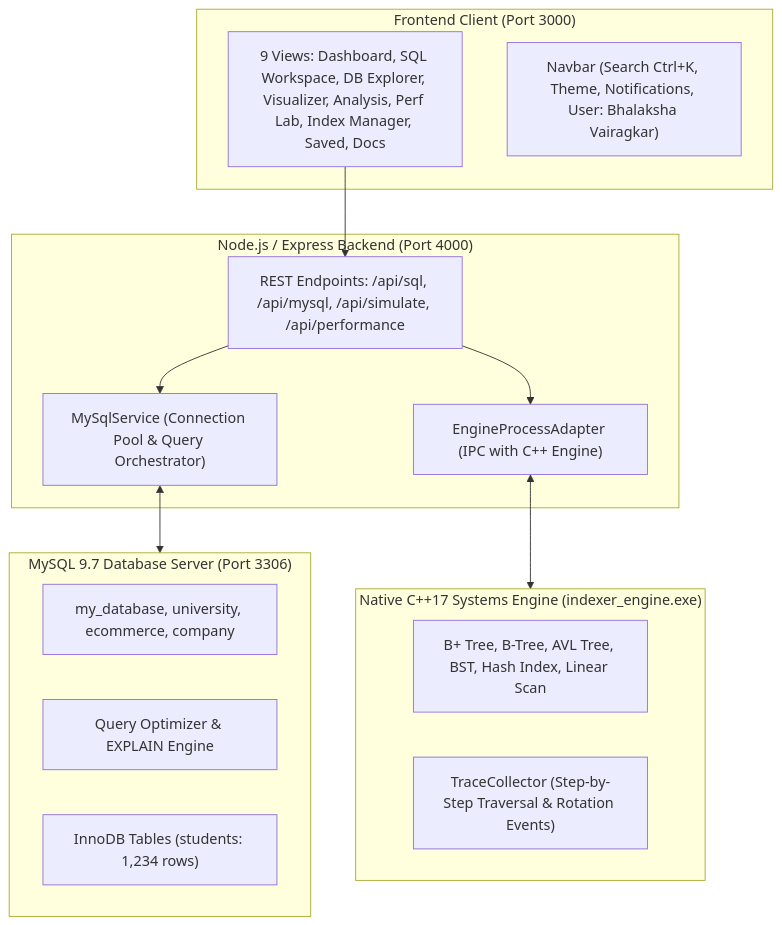
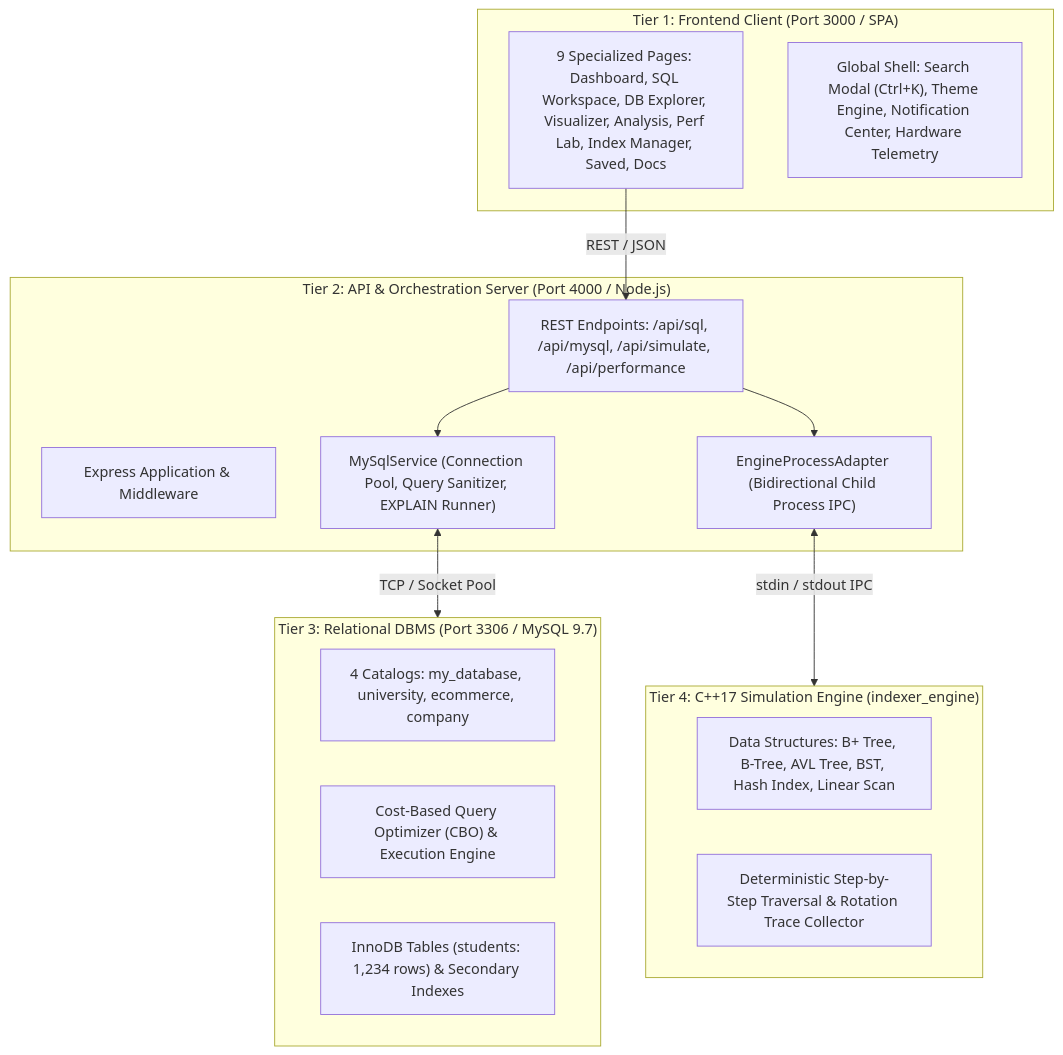
The first of 2 diagrams in README.md (bhalakshvairagkar-sudo/DBIndex-), drawn with Mermaid before and after one commit. The commit also changed other lines of this file and 1 other file, not shown here.

````diff
--- a/README.md
+++ b/README.md
@@ -9,30 +50,31 @@
 ```mermaid
 flowchart TD
-    subgraph Frontend["Frontend Client (Port 3000)"]
-        UI["9 Views: Dashboard, SQL Workspace, DB Explorer, Visualizer, Analysis, Perf Lab, Index Manager, Saved, Docs"]
-        TopNav["Navbar (Search Ctrl+K, Theme, Notifications, User: Bhalaksha Vairagkar)"]
+    subgraph Client["Tier 1: Frontend Client (Port 3000 / SPA)"]
+        UI["9 Specialized Pages: Dashboard, SQL Workspace, DB Explorer, Visualizer, Analysis, Perf Lab, Index Manager, Saved, Docs"]
+        Shell["Global Shell: Search Modal (Ctrl+K), Theme Engine, Notification Center, Hardware Telemetry"]
     end
 
-    subgraph Backend["Node.js / Express Backend (Port 4000)"]
-        MySqlService["MySqlService (Connection Pool & Query Orchestrator)"]
-        ProcAdapter["EngineProcessAdapter (IPC with C++ Engine)"]
-        API["REST Endpoints: /api/sql, /api/mysql, /api/simulate, /api/performance"]
+    subgraph Server["Tier 2: API & Orchestration Server (Port 4000 / Node.js)"]
+        App["Express Application & Middleware"]
+        SqlService["MySqlService (Connection Pool, Query Sanitizer, EXPLAIN Runner)"]
+        CppAdapter["EngineProcessAdapter (Bidirectional Child Process IPC)"]
+        Routes["REST Endpoints: /api/sql, /api/mysql, /api/simulate, /api/performance"]
     end
 
-    subgraph MySQL["MySQL 9.7 Database Server (Port 3306)"]
-        Schemas["my_database, university, ecommerce, company"]
-        Optimizer["Query Optimizer & EXPLAIN Engine"]
-        Storage["InnoDB Tables (students: 1,234 rows)"]
+    subgraph DBMS["Tier 3: Relational DBMS (Port 3306 / MySQL 9.7)"]
+        Catalogs["4 Catalogs: my_database, university, ecommerce, company"]
+        Optimizer["Cost-Based Query Optimizer (CBO) & Execution Engine"]
+        Storage["InnoDB Tables (students: 1,234 rows) & Secondary Indexes"]
     end
 
-    subgraph Cpp["Native C++17 Systems Engine (indexer_engine.exe)"]
-        Trees["B+ Tree, B-Tree, AVL Tree, BST, Hash Index, Linear Scan"]
-        Trace["TraceCollector (Step-by-Step Traversal & Rotation Events)"]
+    subgraph Engine["Tier 4: C++17 Simulation Engine (indexer_engine)"]
+        DS["Data Structures: B+ Tree, B-Tree, AVL Tree, BST, Hash Index, Linear Scan"]
+        Trace["Deterministic Step-by-Step Traversal & Rotation Trace Collector"]
     end
 
-    UI --> API
-    API --> MySqlService
-    MySqlService <--> MySQL
-    API --> ProcAdapter
-    ProcAdapter <--> Cpp
+    UI -->|REST / JSON| Routes
+    Routes --> SqlService
+    Routes --> CppAdapter
+    SqlService <-->|TCP / Socket Pool| DBMS
+    CppAdapter <-->|stdin / stdout IPC| Engine
 ```
````
